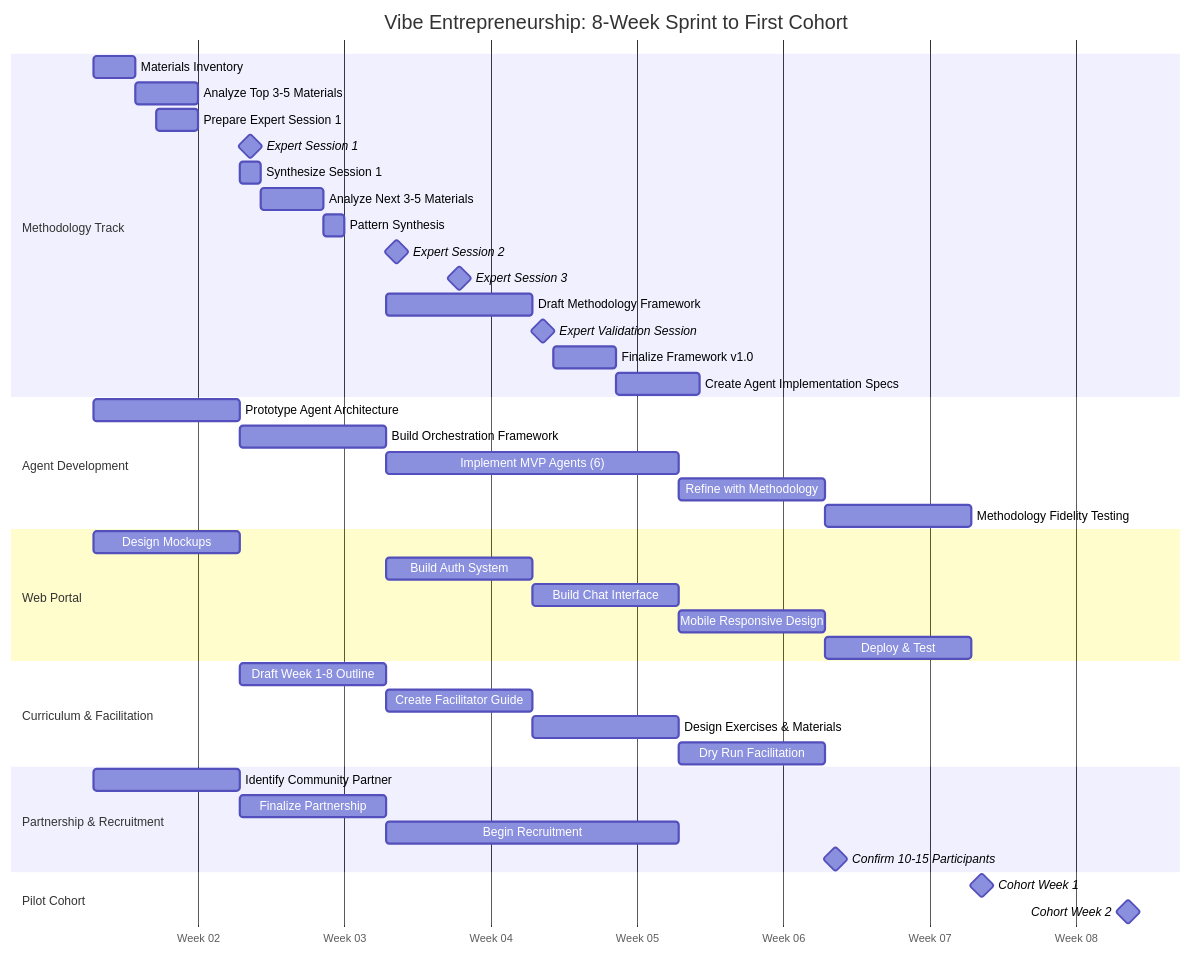
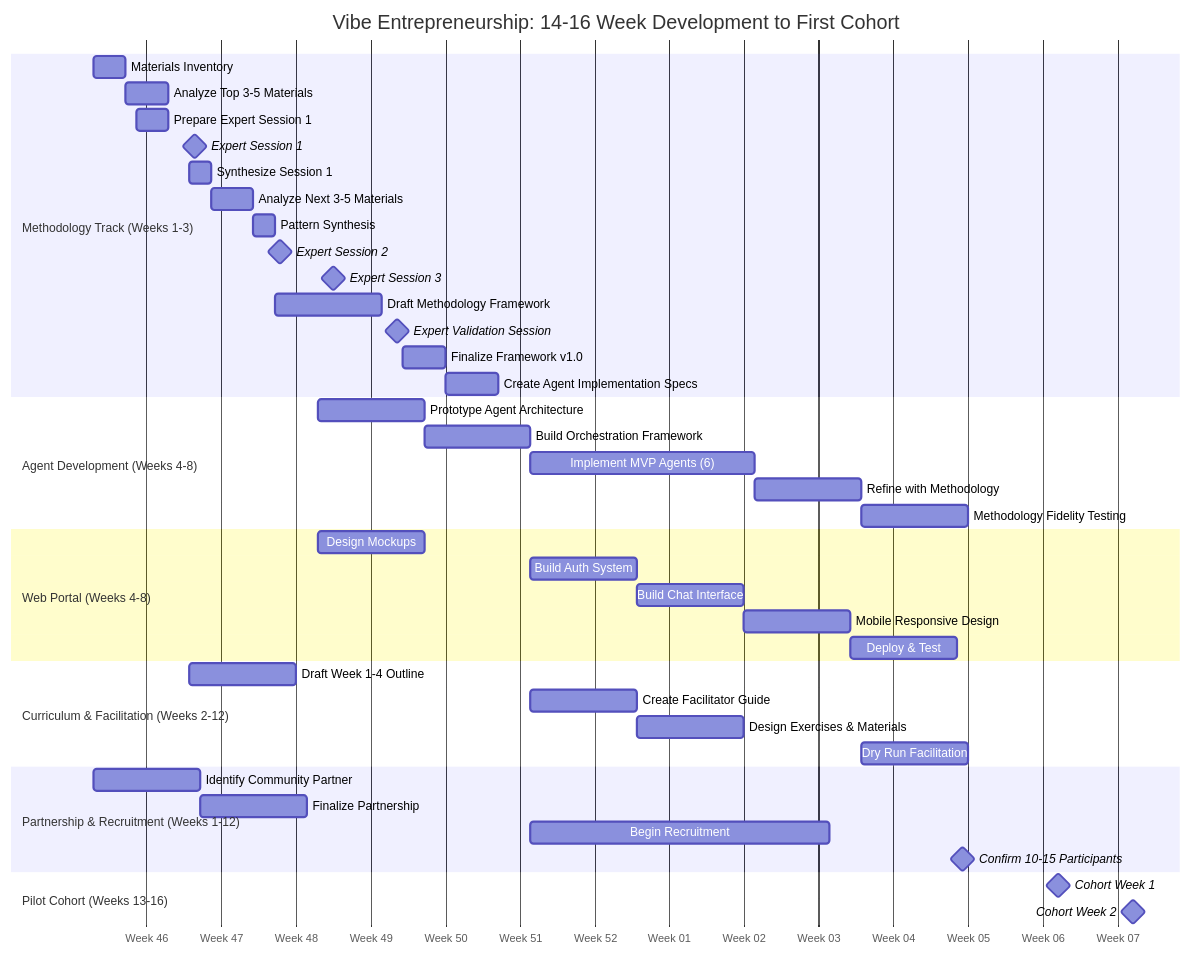
One commit to thedakr/ventre_prod_pi changed the first of 10 diagrams in docs/VISUAL-ROADMAP.md. Above: the diagram before and after it, drawn with Mermaid. The commit also changed other lines of this file and 7 other files, not shown here.

First line of the commit message:
Update timeline from 12 weeks to 14-16 weeks for professionally-paced development

````diff
--- a/docs/VISUAL-ROADMAP.md
+++ b/docs/VISUAL-ROADMAP.md
@@ -9,51 +9,51 @@
 ```mermaid
 gantt
-    title Vibe Entrepreneurship: 8-Week Sprint to First Cohort
+    title Vibe Entrepreneurship: 14-16 Week Development to First Cohort
     dateFormat YYYY-MM-DD
     axisFormat Week %U
 
-    section Methodology Track
-    Materials Inventory           :m1, 2026-01-06, 2d
-    Analyze Top 3-5 Materials    :m2, 2026-01-08, 3d
-    Prepare Expert Session 1      :m3, 2026-01-09, 2d
-    Expert Session 1              :milestone, m4, 2026-01-13, 1d
-    Synthesize Session 1          :m5, 2026-01-13, 1d
-    Analyze Next 3-5 Materials    :m6, 2026-01-14, 3d
-    Pattern Synthesis             :m7, 2026-01-17, 1d
-    Expert Session 2              :milestone, m8, 2026-01-20, 1d
-    Expert Session 3              :milestone, m9, 2026-01-23, 1d
-    Draft Methodology Framework   :m10, 2026-01-20, 7d
-    Expert Validation Session     :milestone, m11, 2026-01-27, 1d
-    Finalize Framework v1.0       :m12, 2026-01-28, 3d
-    Create Agent Implementation Specs :m13, 2026-01-31, 4d
+    section Methodology Track (Weeks 1-3)
+    Materials Inventory           :m1, 2025-11-11, 3d
+    Analyze Top 3-5 Materials    :m2, 2025-11-14, 4d
+    Prepare Expert Session 1      :m3, 2025-11-15, 3d
+    Expert Session 1              :milestone, m4, 2025-11-20, 1d
+    Synthesize Session 1          :m5, 2025-11-20, 2d
+    Analyze Next 3-5 Materials    :m6, 2025-11-22, 4d
+    Pattern Synthesis             :m7, 2025-11-26, 2d
+    Expert Session 2              :milestone, m8, 2025-11-28, 1d
+    Expert Session 3              :milestone, m9, 2025-12-03, 1d
+    Draft Methodology Framework   :m10, 2025-11-28, 10d
+    Expert Validation Session     :milestone, m11, 2025-12-09, 1d
+    Finalize Framework v1.0       :m12, 2025-12-10, 4d
+    Create Agent Implementation Specs :m13, 2025-12-14, 5d
 
-    section Agent Development
-    Prototype Agent Architecture  :a1, 2026-01-06, 7d
-    Build Orchestration Framework :a2, 2026-01-13, 7d
-    Implement MVP Agents (6)      :a3, 2026-01-20, 14d
-    Refine with Methodology       :a4, 2026-02-03, 7d
-    Methodology Fidelity Testing  :a5, 2026-02-10, 7d
+    section Agent Development (Weeks 4-8)
+    Prototype Agent Architecture  :a1, 2025-12-02, 10d
+    Build Orchestration Framework :a2, 2025-12-12, 10d
+    Implement MVP Agents (6)      :a3, 2025-12-22, 21d
+    Refine with Methodology       :a4, 2026-01-12, 10d
+    Methodology Fidelity Testing  :a5, 2026-01-22, 10d
 
-    section Web Portal
-    Design Mockups                :w1, 2026-01-06, 7d
-    Build Auth System             :w2, 2026-01-20, 7d
-    Build Chat Interface          :w3, 2026-01-27, 7d
-    Mobile Responsive Design      :w4, 2026-02-03, 7d
-    Deploy & Test                 :w5, 2026-02-10, 7d
+    section Web Portal (Weeks 4-8)
+    Design Mockups                :w1, 2025-12-02, 10d
+    Build Auth System             :w2, 2025-12-22, 10d
+    Build Chat Interface          :w3, 2026-01-01, 10d
+    Mobile Responsive Design      :w4, 2026-01-11, 10d
+    Deploy & Test                 :w5, 2026-01-21, 10d
 
-    section Curriculum & Facilitation
-    Draft Week 1-8 Outline        :c1, 2026-01-13, 7d
-    Create Facilitator Guide      :c2, 2026-01-20, 7d
-    Design Exercises & Materials  :c3, 2026-01-27, 7d
-    Dry Run Facilitation          :c4, 2026-02-03, 7d
+    section Curriculum & Facilitation (Weeks 2-12)
+    Draft Week 1-4 Outline        :c1, 2025-11-20, 10d
+    Create Facilitator Guide      :c2, 2025-12-22, 10d
+    Design Exercises & Materials  :c3, 2026-01-01, 10d
+    Dry Run Facilitation          :c4, 2026-01-22, 10d
 
-    section Partnership & Recruitment
-    Identify Community Partner    :p1, 2026-01-06, 7d
-    Finalize Partnership          :p2, 2026-01-13, 7d
-    Begin Recruitment             :p3, 2026-01-20, 14d
-    Confirm 10-15 Participants    :milestone, p4, 2026-02-10, 1d
+    section Partnership & Recruitment (Weeks 1-12)
+    Identify Community Partner    :p1, 2025-11-11, 10d
+    Finalize Partnership          :p2, 2025-11-21, 10d
+    Begin Recruitment             :p3, 2025-12-22, 28d
+    Confirm 10-15 Participants    :milestone, p4, 2026-01-31, 1d
 
-    section Pilot Cohort
-    Cohort Week 1                 :milestone, pilot1, 2026-02-17, 1d
-    Cohort Week 2                 :milestone, pilot2, 2026-02-24, 1d
+    section Pilot Cohort (Weeks 13-16)
+    Cohort Week 1                 :milestone, pilot1, 2026-02-09, 1d
+    Cohort Week 2                 :milestone, pilot2, 2026-02-16, 1d
 ```
````
